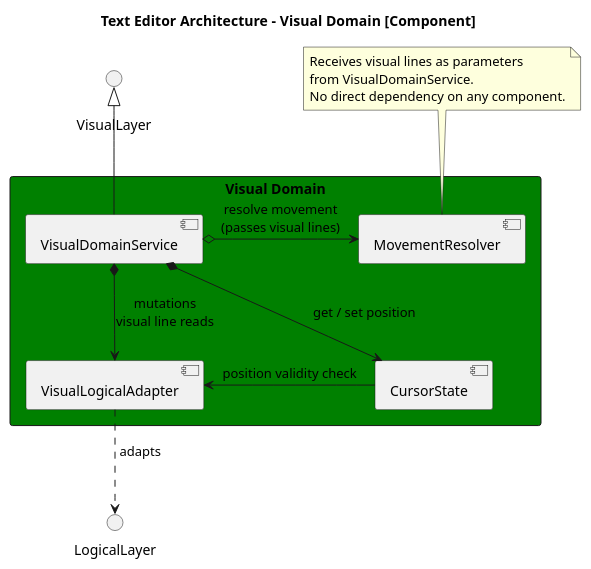
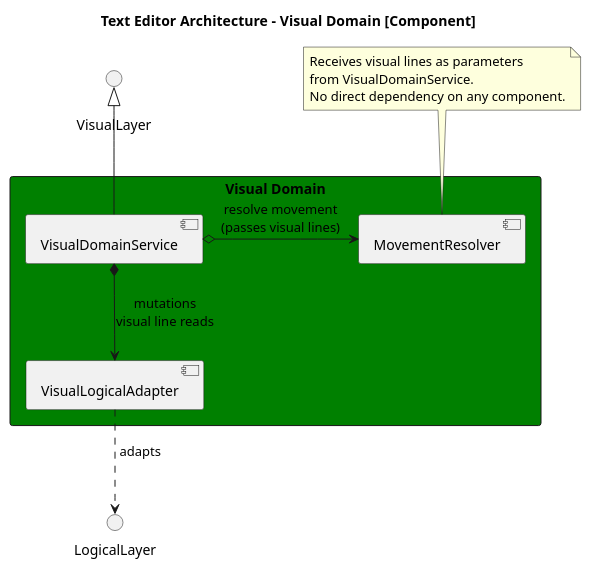
Before and after one commit to JoeRittiner/TextEngine: the diagram in docs/source/specs/architecture/diagrams/visual_components.puml, drawn with PlantUML. The commit also changed 12 other files, not shown here.

First line of the commit message:
doc: Update the index and main diagrams.

```diff
--- a/docs/source/specs/architecture/diagrams/visual_components.puml
+++ b/docs/source/specs/architecture/diagrams/visual_components.puml
@@ -1,39 +1,34 @@
 @startuml
 
 title Text Editor Architecture - Visual Domain [Component]
 
 interface VisualLayer as "\nVisualLayer"
 interface LogicalLayer
 
 rectangle "Visual Domain" #Green {
    component "VisualDomainService" as VDS
    'Stateful (Orchestrator / domain facade)
-
-   component "CursorState" as CS
-   'Stateful (owns cursor position (v_row, v_col))
 
    component "MovementResolver" as MR
    'Stateless (pure calculator, no owned state)
 
    component "VisualLogicalAdapter" as VLA
    'Stateful (owns display_width and wrapping map)
    'Sole contact point with the Logical Domain
 }
 
 VDS -up-|> VisualLayer
 VLA ..> LogicalLayer : " adapts"
 
-VDS *--> CS   : "get / set position"
 VDS *--> VLA  : "mutations\nvisual line reads"
 VDS o-> MR   : "resolve movement\n(passes visual lines)"
 
-VLA <- CS : "position validity check"
 
 
 note top of MR
   Receives visual lines as parameters
   from VisualDomainService.
   No direct dependency on any component.
 end note
 
 @enduml
```
